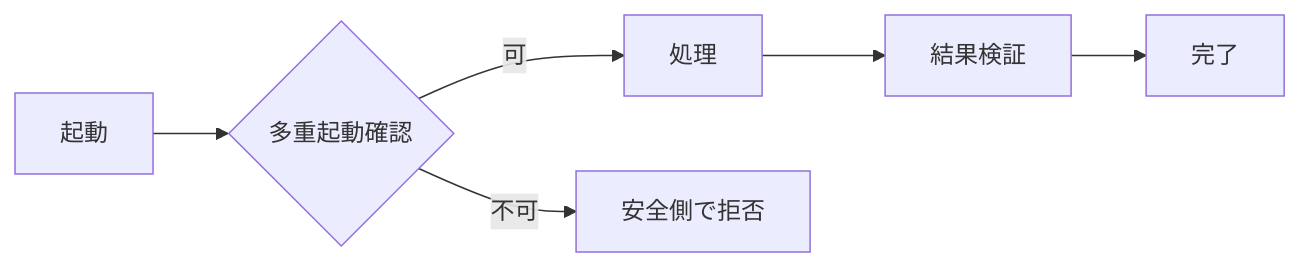
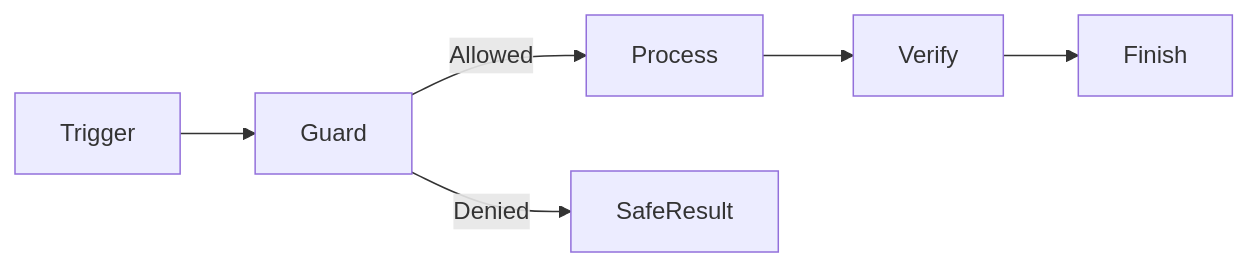
One commit to techbeansjp-free/AGENTS.md changed the diagram in .agent-skill-chain/templates/specs/08_バッチ・ジョブ/01_個別ジョブテンプレート.md. Above: the diagram before and after it, drawn with Mermaid. The commit also changed 88 other files, not shown here.

````diff
--- a/.agent-skill-chain/templates/specs/08_バッチ・ジョブ/01_個別ジョブテンプレート.md
+++ b/.agent-skill-chain/templates/specs/08_バッチ・ジョブ/01_個別ジョブテンプレート.md
@@ -13,8 +13,8 @@
 ```mermaid
 flowchart LR
-  trigger[起動] --> lock{多重起動確認}
-  lock -->|可| process[処理]
-  lock -->|不可| reject[安全側で拒否]
-  process --> verify[結果検証]
-  verify --> finish[完了]
+  Trigger --> Guard
+  Guard -->|Allowed| Process
+  Guard -->|Denied| SafeResult
+  Process --> Verify
+  Verify --> Finish
 ```
````
